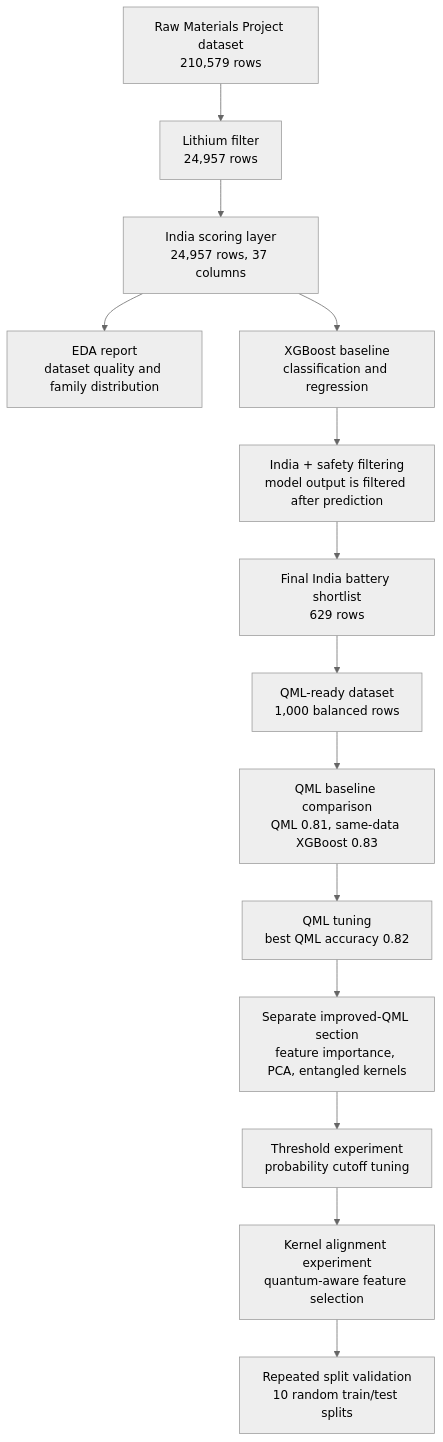
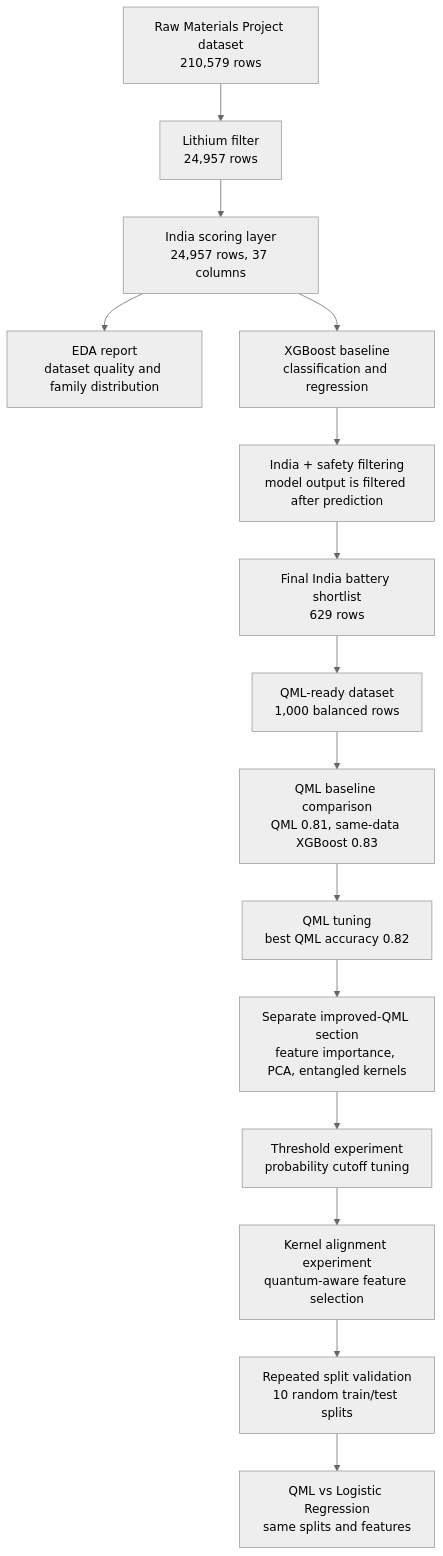
Before and after one commit to lifeknife10A/hybrid-quantum-battery-stability-prediction: the diagram in Summer Vacation/data/metadata/project_pipeline_summary.md, drawn with Mermaid (neutral theme). The commit also changed other lines of this file and 8 other files, not shown here.

Commit message:
Compare QML with logistic baseline

````diff
--- a/Summer Vacation/data/metadata/project_pipeline_summary.md
+++ b/Summer Vacation/data/metadata/project_pipeline_summary.md
@@ -36,16 +36,17 @@
 ```mermaid
 flowchart TD
     A["Raw Materials Project dataset<br/>210,579 rows"] --> B["Lithium filter<br/>24,957 rows"]
     B --> C["India scoring layer<br/>24,957 rows, 37 columns"]
     C --> D["EDA report<br/>dataset quality and family distribution"]
     C --> E["XGBoost baseline<br/>classification and regression"]
     E --> F["India + safety filtering<br/>model output is filtered after prediction"]
     F --> G["Final India battery shortlist<br/>629 rows"]
     G --> H["QML-ready dataset<br/>1,000 balanced rows"]
     H --> I["QML baseline comparison<br/>QML 0.81, same-data XGBoost 0.83"]
     I --> J["QML tuning<br/>best QML accuracy 0.82"]
     J --> K["Separate improved-QML section<br/>feature importance, PCA, entangled kernels"]
     K --> L["Threshold experiment<br/>probability cutoff tuning"]
     L --> M["Kernel alignment experiment<br/>quantum-aware feature selection"]
     M --> N["Repeated split validation<br/>10 random train/test splits"]
+    N --> O["QML vs Logistic Regression<br/>same splits and features"]
 ```
````
